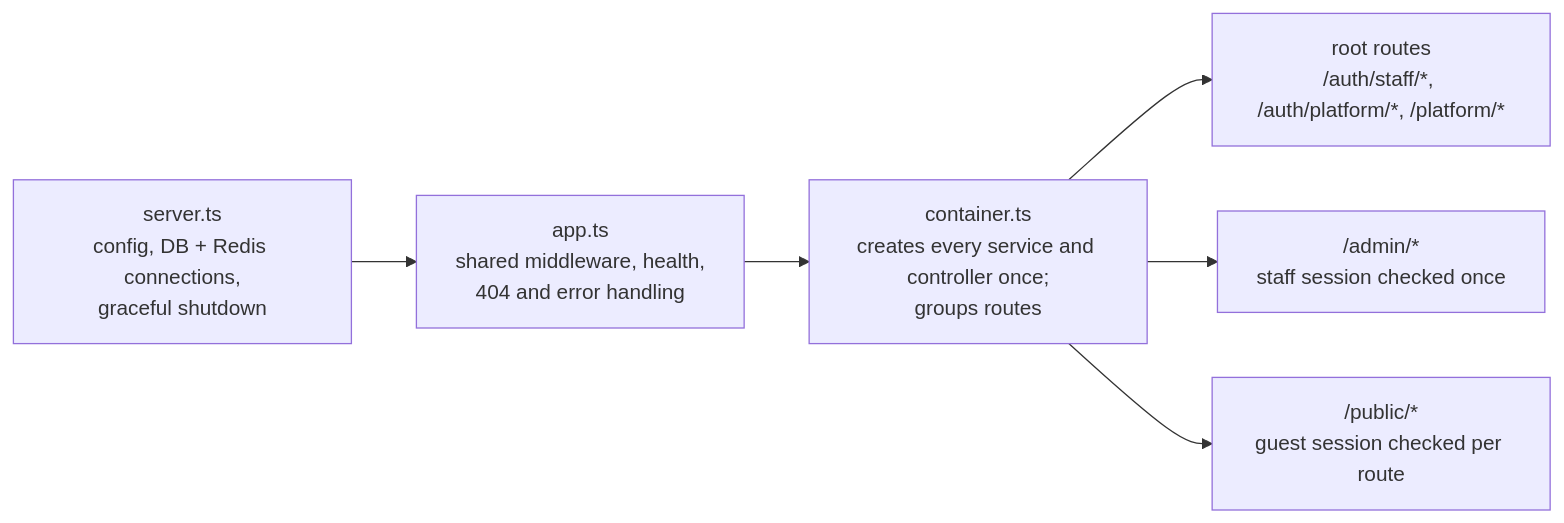
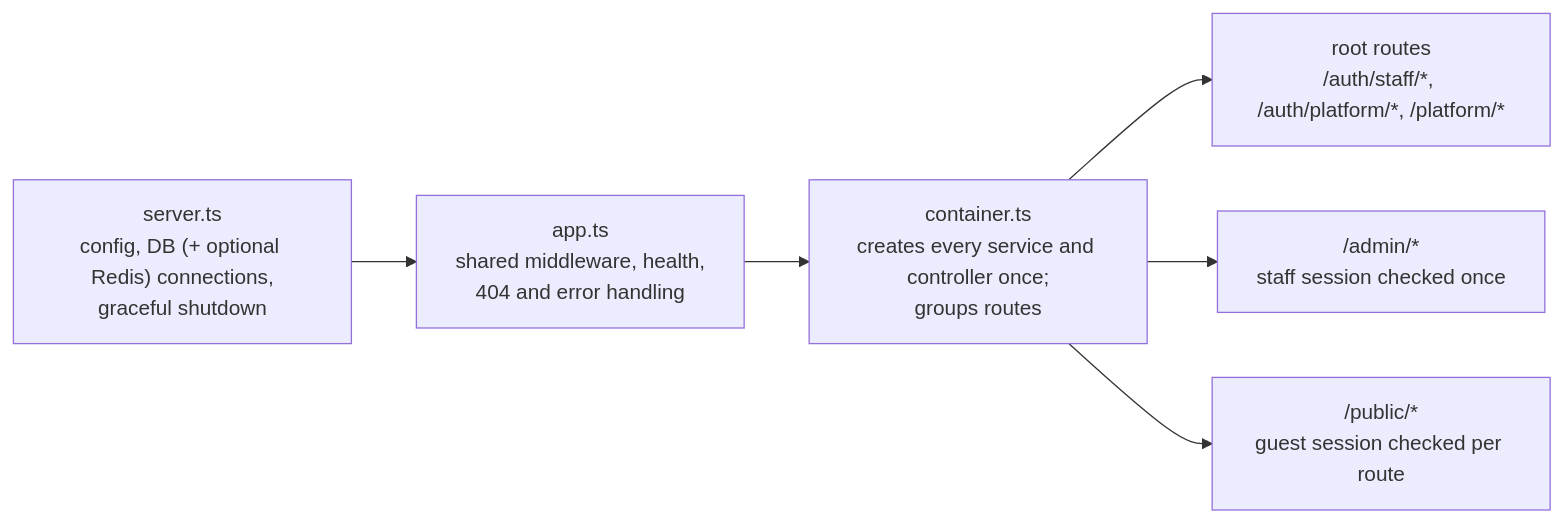
One commit to Vishal120703/QR_based-hospital-management-system changed the fifth of 5 diagrams in docs/architecture/README.md. Above: the diagram before and after it, drawn with Mermaid. The commit also changed other lines of this file and 19 other files, not shown here.

````diff
--- a/docs/architecture/README.md
+++ b/docs/architecture/README.md
@@ -114,8 +114,8 @@
 ```mermaid
 flowchart LR
-  server["server.ts<br/>config, DB + Redis connections,<br/>graceful shutdown"] --> app["app.ts<br/>shared middleware, health,<br/>404 and error handling"]
+  server["server.ts<br/>config, DB (+ optional Redis) connections,<br/>graceful shutdown"] --> app["app.ts<br/>shared middleware, health,<br/>404 and error handling"]
   app --> container["container.ts<br/>creates every service and controller once;<br/>groups routes"]
   container --> root["root routes<br/>/auth/staff/*, /auth/platform/*, /platform/*"]
   container --> admin["/admin/*<br/>staff session checked once"]
   container --> public["/public/*<br/>guest session checked per route"]
 ```
````
